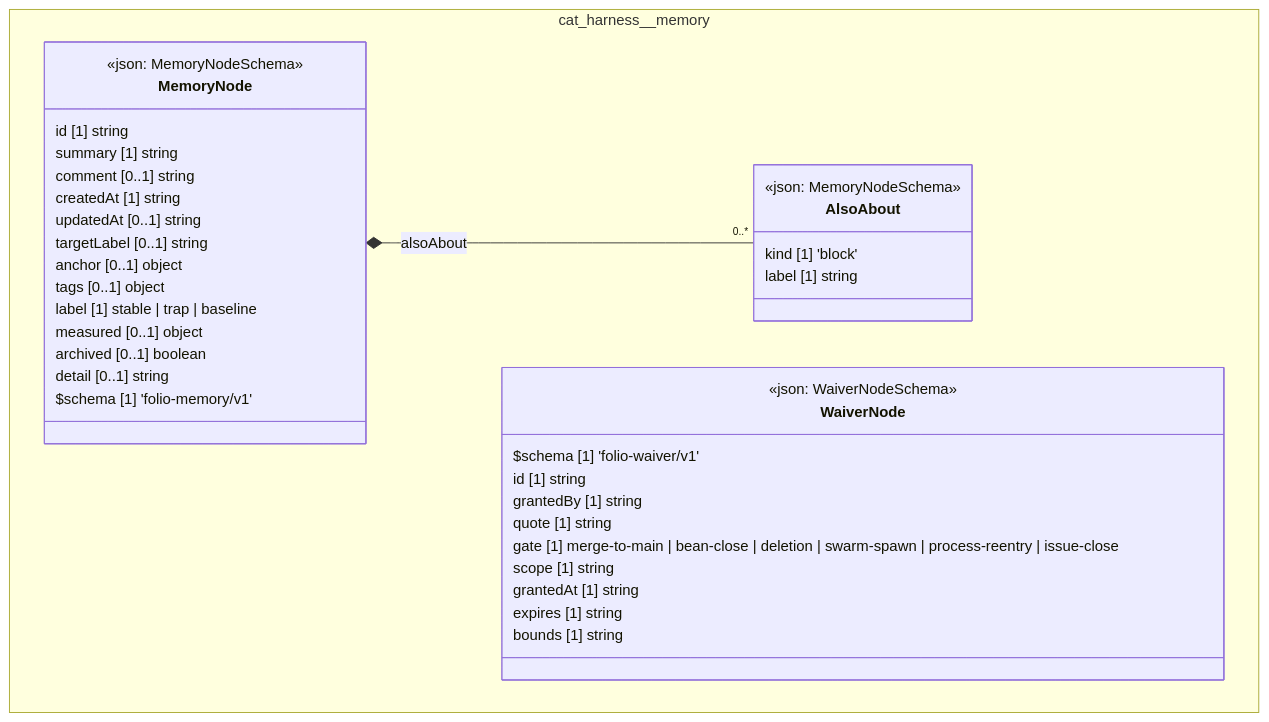
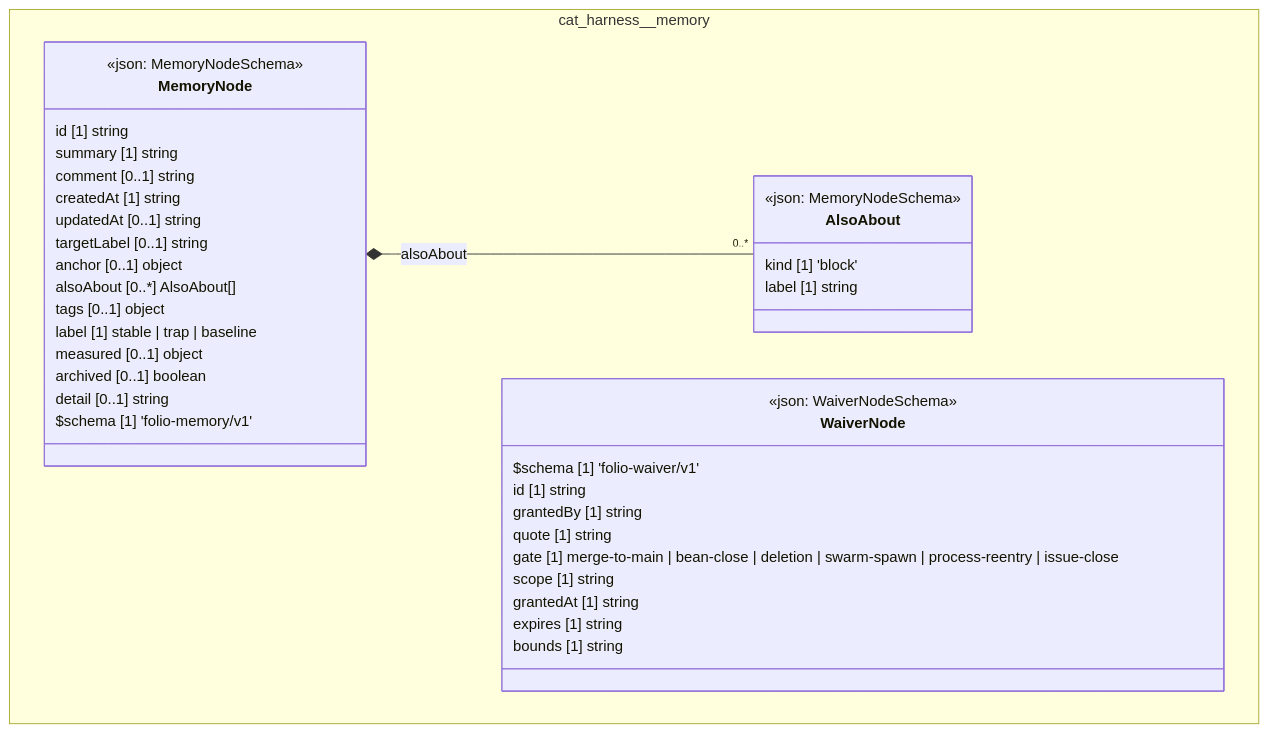
Before and after one commit to litlfred/folio-assistant: the diagram in cat-harness/docs/uml/overview/cat-harness/memory.md, drawn with Mermaid. The commit also changed 181 other files, not shown here.

First line of the commit message:
UML: full object model on the overview page; no empty class boxes

````diff
--- a/cat-harness/docs/uml/overview/cat-harness/memory.md
+++ b/cat-harness/docs/uml/overview/cat-harness/memory.md
@@ -29,43 +29,44 @@
 ```mermaid
 classDiagram
   direction TB
   namespace cat_harness__memory {
     class cat_harness_memory_AlsoAbout["AlsoAbout"] {
       <<json: MemoryNodeSchema>>
       kind [1] 'block'
       label [1] string
     }
     class cat_harness_memory_MemoryNode["MemoryNode"] {
       <<json: MemoryNodeSchema>>
       id [1] string
       summary [1] string
       comment [0..1] string
       createdAt [1] string
       updatedAt [0..1] string
       targetLabel [0..1] string
       anchor [0..1] object
+      alsoAbout [0..*] AlsoAbout[]
       tags [0..1] object
       label [1] stable | trap | baseline
       measured [0..1] object
       archived [0..1] boolean
       detail [0..1] string
       $schema [1] 'folio-memory/v1'
     }
     class cat_harness_memory_WaiverNode["WaiverNode"] {
       <<json: WaiverNodeSchema>>
       $schema [1] 'folio-waiver/v1'
       id [1] string
       grantedBy [1] string
       quote [1] string
       gate [1] merge-to-main | bean-close | deletion | swarm-spawn | process-reentry | issue-close
       scope [1] string
       grantedAt [1] string
       expires [1] string
       bounds [1] string
     }
   }
   cat_harness_memory_MemoryNode *-- "0..*" cat_harness_memory_AlsoAbout : alsoAbout
   cssClass "cat_harness_memory_AlsoAbout" fa_uml_kind_memory
   cssClass "cat_harness_memory_MemoryNode" fa_uml_kind_memory
   cssClass "cat_harness_memory_WaiverNode" fa_uml_kind_waiver
 ```
````
